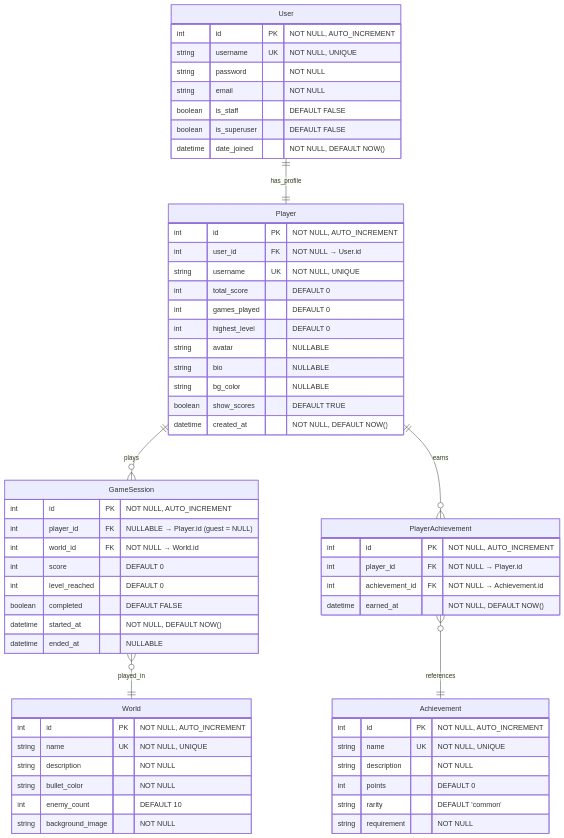
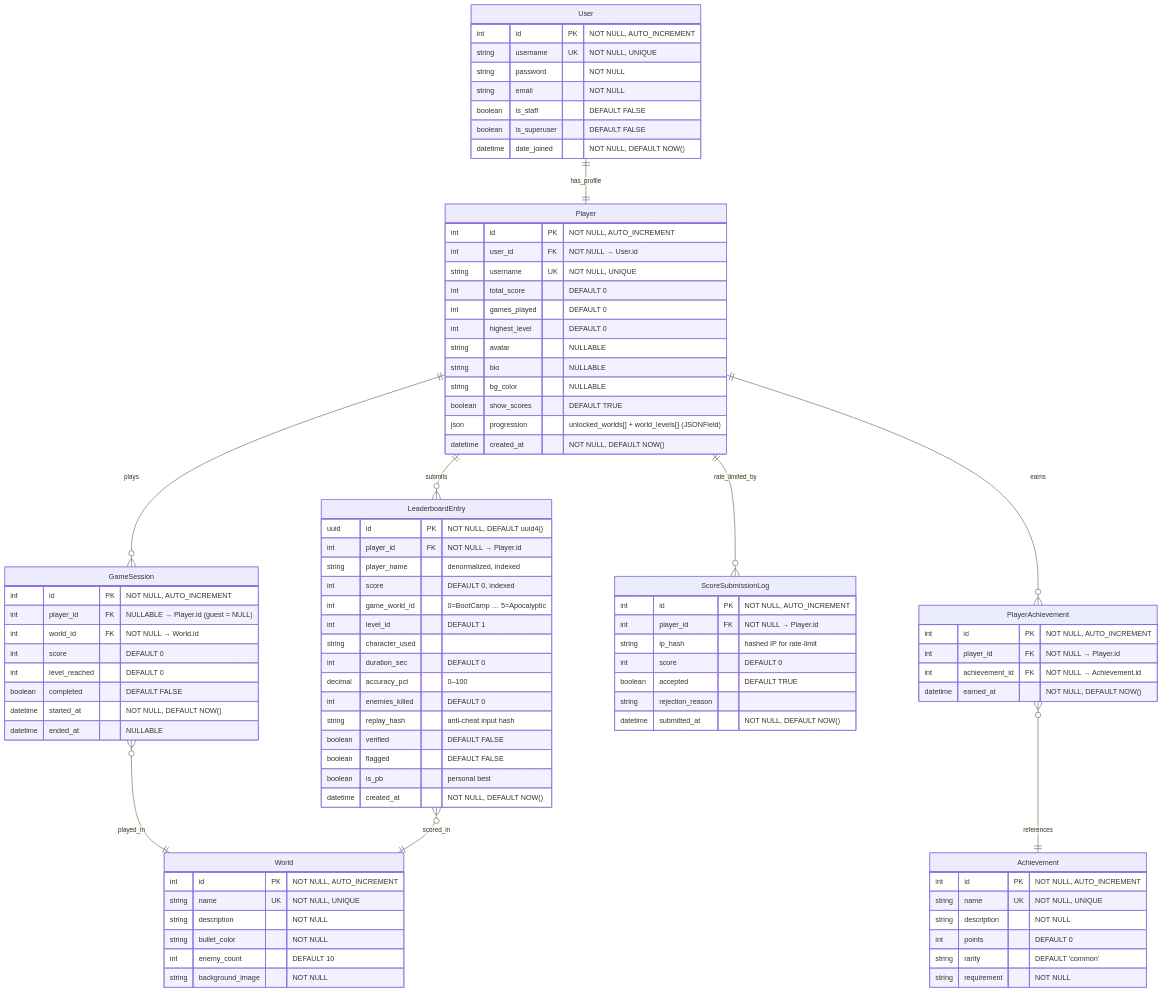
One commit to hugou74130/SI3LN_Python changed the second of 9 diagrams in STAGE3.md. Above: the diagram before and after it, drawn with Mermaid. The commit also changed other lines of this file, not shown here.

Commit message:
feat: update technical documentation for ARCAD3X game client, including API endpoints and score submission process

```diff
--- a/STAGE3.md
+++ b/STAGE3.md
@@ -485,8 +494,11 @@
 erDiagram
     User ||--|| Player : "has_profile"
     Player ||--o{ GameSession : "plays"
+    Player ||--o{ LeaderboardEntry : "submits"
+    Player ||--o{ ScoreSubmissionLog : "rate_limited_by"
     Player ||--o{ PlayerAchievement : "earns"
     GameSession }o--|| World : "played_in"
+    LeaderboardEntry }o--|| World : "scored_in"
     PlayerAchievement }o--|| Achievement : "references"
 
     User {
@@ -510,6 +522,7 @@
         string bio "NULLABLE"
         string bg_color "NULLABLE"
         boolean show_scores "DEFAULT TRUE"
+        json progression "unlocked_worlds[] + world_levels{} (JSONField)"
         datetime created_at "NOT NULL, DEFAULT NOW()"
     }
 
@@ -522,6 +535,34 @@
         boolean completed "DEFAULT FALSE"
         datetime started_at "NOT NULL, DEFAULT NOW()"
         datetime ended_at "NULLABLE"
+    }
+
+    LeaderboardEntry {
+        uuid id PK "NOT NULL, DEFAULT uuid4()"
+        int player_id FK "NOT NULL → Player.id"
+        string player_name "denormalized, indexed"
+        int score "DEFAULT 0, indexed"
+        int game_world_id "0=BootCamp … 5=Apocalyptic"
+        int level_id "DEFAULT 1"
+        string character_used ""
+        int duration_sec "DEFAULT 0"
+        decimal accuracy_pct "0–100"
+        int enemies_killed "DEFAULT 0"
+        string replay_hash "anti-cheat input hash"
+        boolean verified "DEFAULT FALSE"
+        boolean flagged "DEFAULT FALSE"
+        boolean is_pb "personal best"
+        datetime created_at "NOT NULL, DEFAULT NOW()"
+    }
+
+    ScoreSubmissionLog {
+        int id PK "NOT NULL, AUTO_INCREMENT"
+        int player_id FK "NOT NULL → Player.id"
+        string ip_hash "hashed IP for rate-limit"
+        int score "DEFAULT 0"
+        boolean accepted "DEFAULT TRUE"
+        string rejection_reason ""
+        datetime submitted_at "NOT NULL, DEFAULT NOW()"
     }
 
     World {
```
